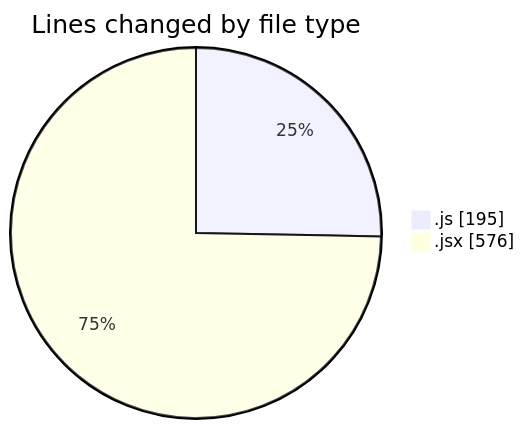
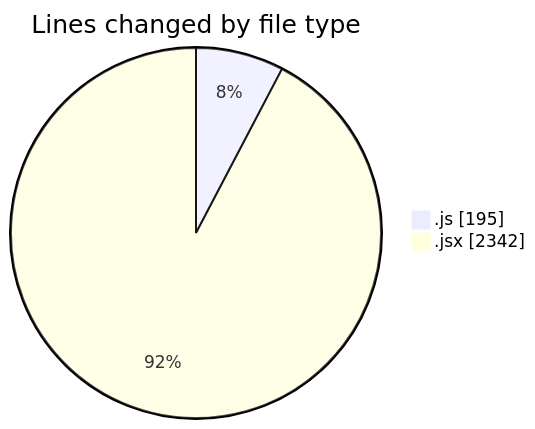
Before and after one commit to nxtqubesakshisongat/code-tracking: the first of 2 diagrams in 2025-06-07/nxtqube_webapp/README.md, drawn with Mermaid. The commit also changed other lines of this file and 1 other file, not shown here.

````diff
--- a/2025-06-07/nxtqube_webapp/README.md
+++ b/2025-06-07/nxtqube_webapp/README.md
@@ -23,6 +24,6 @@
 ```mermaid
 pie showData
 title Lines changed by file type
 ".js" : 195
-".jsx" : 576
+".jsx" : 2342
 ```
````
